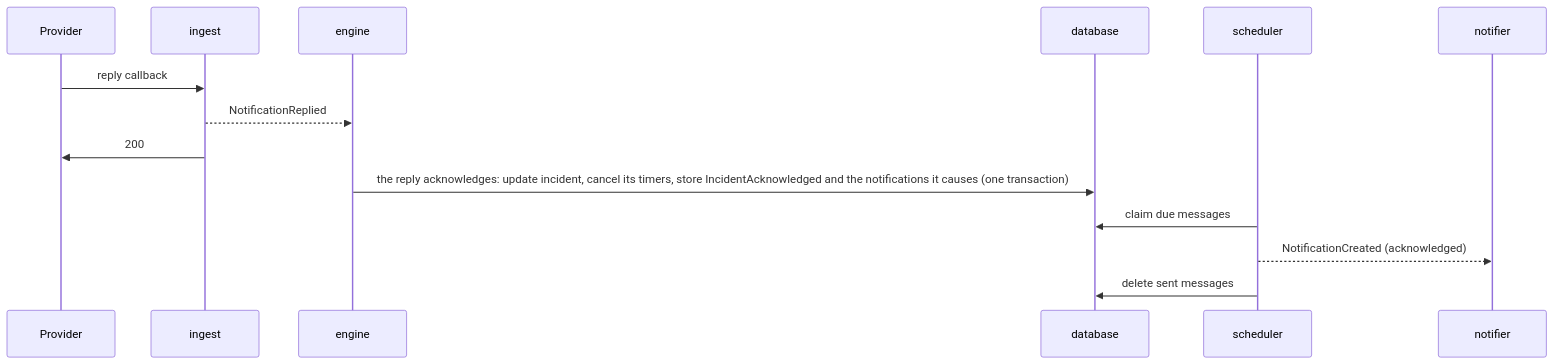
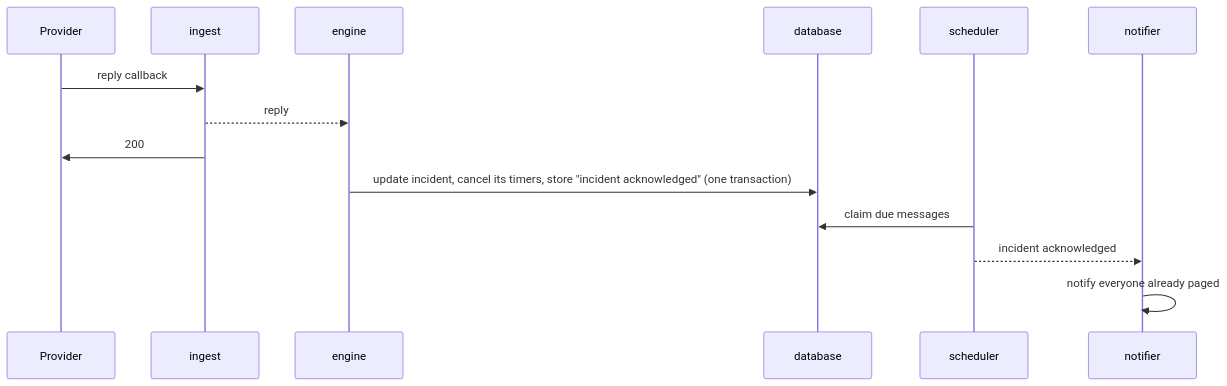
Before and after one commit to murphyhq/server: the fifth of 5 diagrams in docs/architecture.md, drawn with Mermaid. The commit also changed other lines of this file and 101 other files, not shown here.

````diff
--- a/docs/architecture.md
+++ b/docs/architecture.md
@@ -185,16 +179,16 @@
 ```mermaid
 sequenceDiagram
   participant P as Provider
   participant I as ingest
   participant E as engine
   participant D as database
   participant S as scheduler
   participant N as notifier
   P->>I: reply callback
-  I-->>E: NotificationReplied
+  I-->>E: reply
   I->>P: 200
-  E->>D: the reply acknowledges: update incident, cancel its timers, store IncidentAcknowledged and the notifications it causes (one transaction)
+  E->>D: update incident, cancel its timers, store "incident acknowledged" (one transaction)
   S->>D: claim due messages
-  S-->>N: NotificationCreated (acknowledged)
-  S->>D: delete sent messages
+  S-->>N: incident acknowledged
+  N->>N: notify everyone already paged
 ```
````
